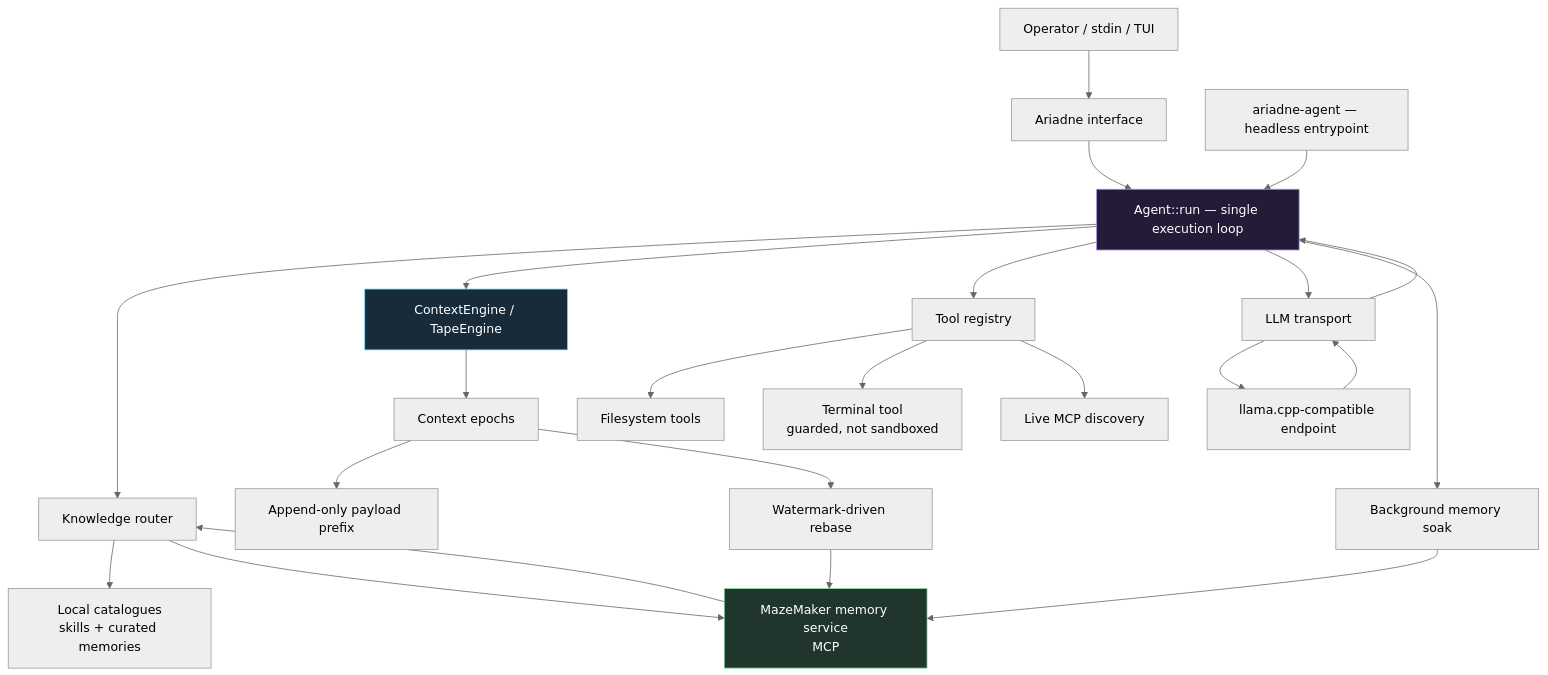
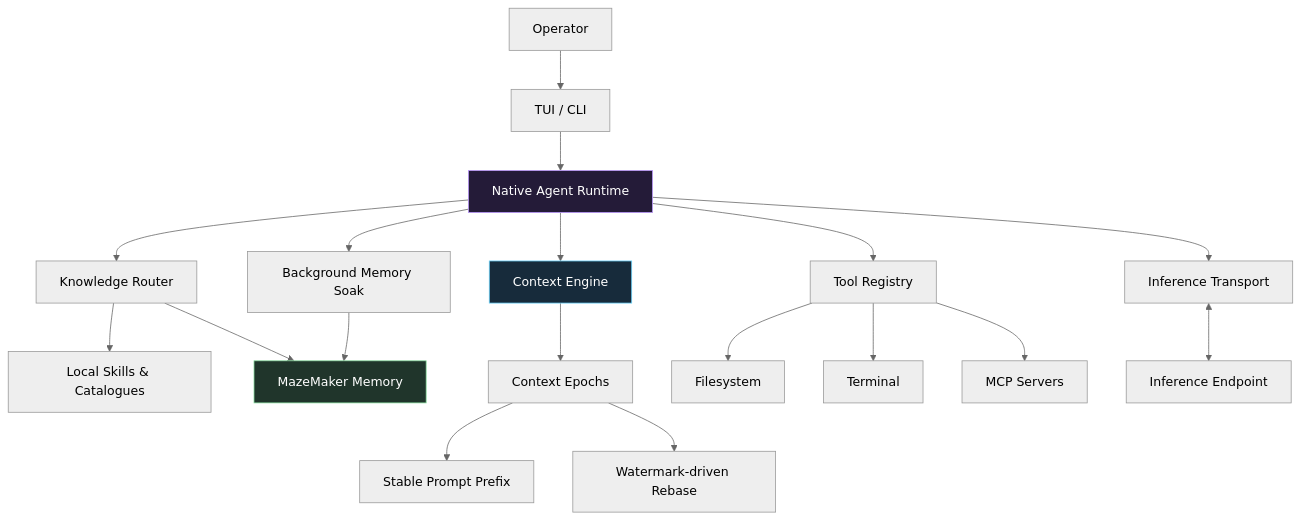
The first of 6 diagrams in README.md (itsXactlY/ariadne), drawn with Mermaid (neutral theme) before and after one commit. The commit also changed other lines of this file and 1 other file, not shown here.

````diff
--- a/README.md
+++ b/README.md
@@ -35,33 +58,30 @@
 ```mermaid
 flowchart TB
-    OP["Operator / stdin / TUI"] --> UI["Ariadne interface"]
-    UI --> RUN["Agent::run — single execution loop"]
-    CLI["ariadne-agent — headless entrypoint"] --> RUN
+    OP["Operator"] --> UI["TUI / CLI"]
+    UI --> AGENT["Native Agent Runtime"]
 
-    RUN --> ROUTER["Knowledge router"]
-    RUN --> TAPE["ContextEngine / TapeEngine"]
-    RUN --> DECK["Tool registry"]
-    RUN --> WIRE["LLM transport"]
+    AGENT --> KNOW["Knowledge Router"]
+    AGENT --> TAPE["Context Engine"]
+    AGENT --> TOOLS["Tool Registry"]
+    AGENT --> WIRE["Inference Transport"]
 
-    ROUTER --> CATALOGUE["Local catalogues\nskills + curated memories"]
-    ROUTER --> MAZE["MazeMaker memory service\nMCP"]
-    TAPE --> EPOCH["Context epochs"]
-    EPOCH --> PREFIX["Append-only payload prefix"]
-    EPOCH --> REBASE["Watermark-driven rebase"]
-    REBASE --> MAZE
+    KNOW --> LOCAL["Local Skills & Catalogues"]
+    KNOW --> MAZE["MazeMaker Memory"]
 
-    DECK --> FS["Filesystem tools"]
-    DECK --> SHELL["Terminal tool\n guarded, not sandboxed"]
-    DECK --> MCP["Live MCP discovery"]
-    WIRE --> LLM["llama.cpp-compatible endpoint"]
-    LLM --> WIRE
-    WIRE --> RUN
+    TAPE --> EPOCH["Context Epochs"]
+    EPOCH --> PREFIX["Stable Prompt Prefix"]
+    EPOCH --> REBASE["Watermark-driven Rebase"]
 
-    RUN --> SOAK["Background memory soak"]
+    TOOLS --> FS["Filesystem"]
+    TOOLS --> SHELL["Terminal"]
+    TOOLS --> MCP["MCP Servers"]
+
+    WIRE <--> LLM["Inference Endpoint"]
+
+    AGENT --> SOAK["Background Memory Soak"]
     SOAK --> MAZE
-    MAZE --> ROUTER
 
-    style RUN fill:#241b38,stroke:#bf9cff,color:#fff
+    style AGENT fill:#241b38,stroke:#bf9cff,color:#fff
     style TAPE fill:#172b3b,stroke:#6dd6ff,color:#fff
     style MAZE fill:#20352b,stroke:#8be0a2,color:#fff
 ```
````
